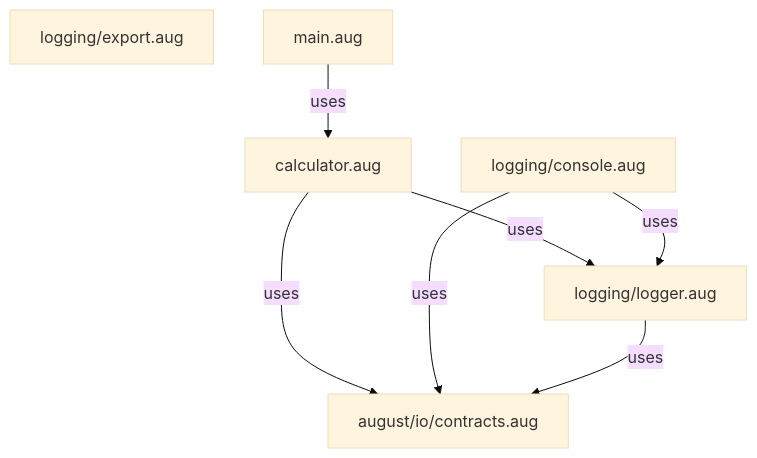
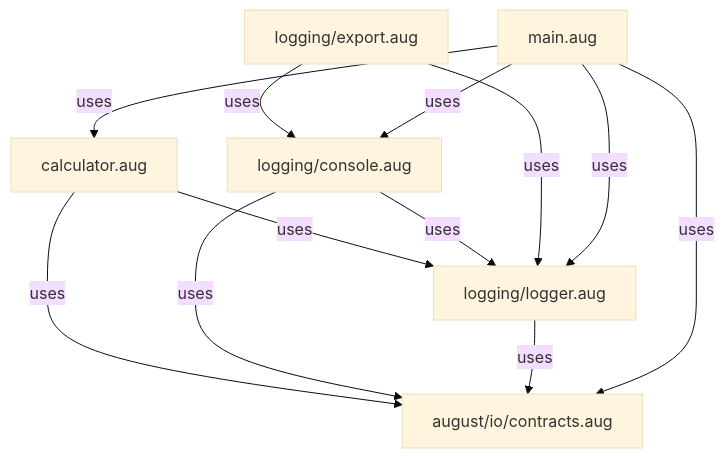
Before and after one commit to GreenPandaStudios/augscript: the second of 2 diagrams in docs/examples/developer-workflow/diagrams/index.md, drawn with Mermaid (base theme). The commit also changed other lines of this file and 289 other files, not shown here.

Commit message:
Correct diagram control flow and complete generated wiki navigation

````diff
--- a/docs/examples/developer-workflow/diagrams/index.md
+++ b/docs/examples/developer-workflow/diagrams/index.md
@@ -33,15 +33,20 @@
 ```mermaid
 flowchart TD
     n0["august/io/contracts.aug"]
     n1["calculator.aug"]
     n2["logging/console.aug"]
     n3["logging/export.aug"]
     n4["logging/logger.aug"]
     n5["main.aug"]
     n1 -->|"uses"| n0
     n1 -->|"uses"| n4
     n2 -->|"uses"| n0
     n2 -->|"uses"| n4
+    n3 -->|"uses"| n2
+    n3 -->|"uses"| n4
     n4 -->|"uses"| n0
+    n5 -->|"uses"| n0
     n5 -->|"uses"| n1
+    n5 -->|"uses"| n2
+    n5 -->|"uses"| n4
 ```
````
